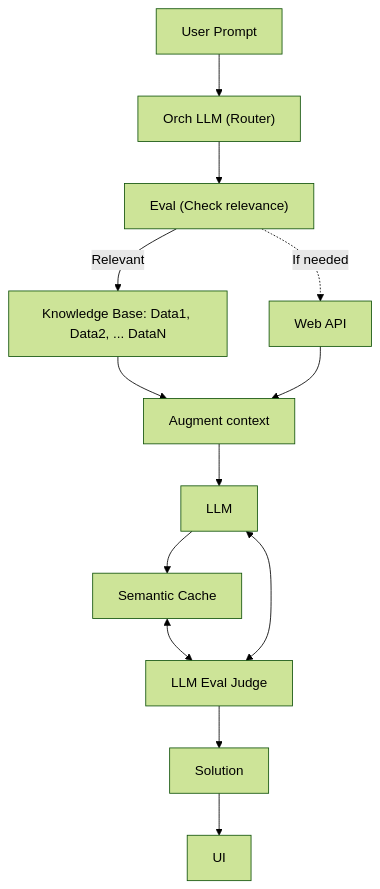
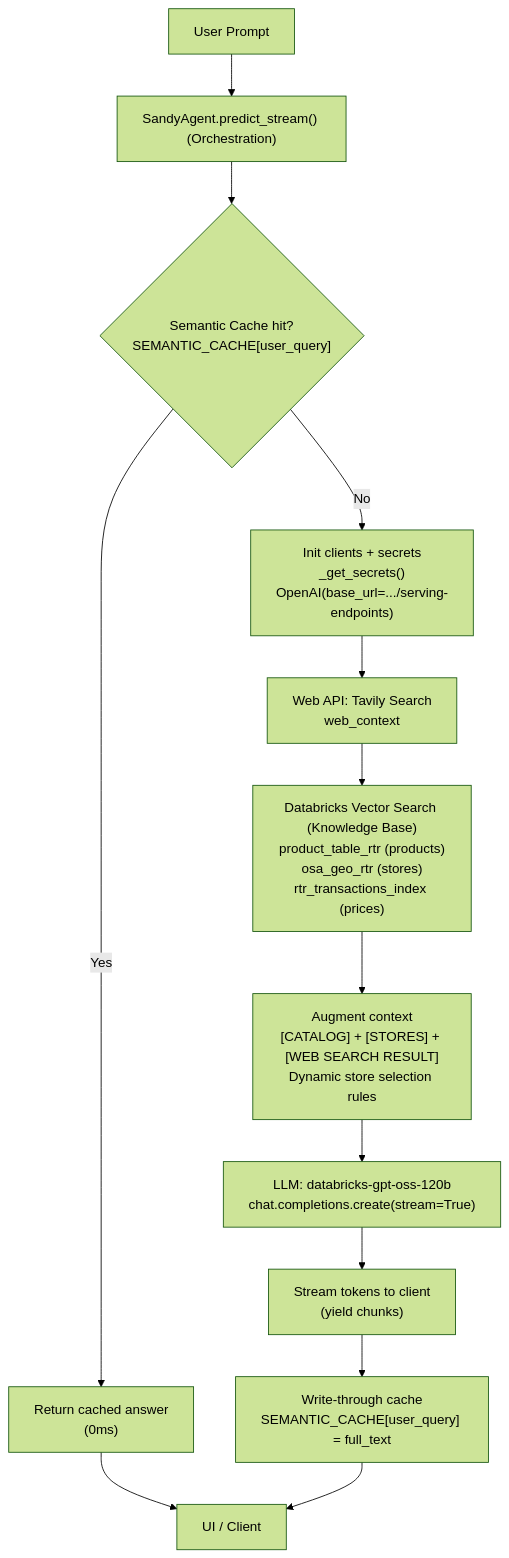
The diagram in README.md (heleyna-tuck/Diagram), drawn with Mermaid (forest theme) before and after one commit.

````diff
--- a/README.md
+++ b/README.md
@@ -1,23 +1,29 @@
 ```mermaid
 flowchart TD
-  U["User Prompt"] --> R["Orch LLM (Router)"]
+  U["User Prompt"] --> A["SandyAgent.predict_stream() (Orchestration)"]
 
-  R --> E["Eval (Check relevance)"]
-  E -->|Relevant| KB["Knowledge Base: Data1, Data2, ... DataN"]
-  E -.->|If needed| W["Web API"]
+  %% 1) Cache decision
+  A --> C{"Semantic Cache hit?<br/>SEMANTIC_CACHE[user_query]"}
+  C -->|Yes| OUT["Return cached answer<br/>(0ms)"]
+  OUT --> UI["UI / Client"]
 
-  KB --> A["Augment context"]
-  W --> A
-  A --> L["LLM"]
+  %% 2) Setup + secrets
+  C -->|No| INIT["Init clients + secrets<br/>_get_secrets()<br/>OpenAI(base_url=.../serving-endpoints)"]
 
-  L --> C["Semantic Cache"]
+  %% 3) Web research (Tavily)
+  INIT --> WEB["Web API: Tavily Search<br/>web_context"]
 
-  %% Semantic Cache <-> Judge
-  C <--> J["LLM Eval Judge"]
+  %% 4) Vector Search knowledge bases
+  WEB --> KB["Databricks Vector Search (Knowledge Base)<br/>product_table_rtr (products)<br/>osa_geo_rtr (stores)<br/>rtr_transactions_index (prices)"]
 
-  %% LLM <-> Judge
-  L <--> J
+  %% 5) Dynamic store resolution + context building
+  KB --> AUG["Augment context<br/>[CATALOG] + [STORES] + [WEB SEARCH RESULT]<br/>Dynamic store selection rules"]
 
-  J --> S["Solution"]
-  S --> UI["UI"]
+  %% 6) LLM generation
+  AUG --> LLM["LLM: databricks-gpt-oss-120b<br/>chat.completions.create(stream=True)"]
+
+  %% 7) Stream to UI + write cache
+  LLM --> STREAM["Stream tokens to client<br/>(yield chunks)"]
+  STREAM --> SAVE["Write-through cache<br/>SEMANTIC_CACHE[user_query] = full_text"]
+  SAVE --> UI
 ```
````
